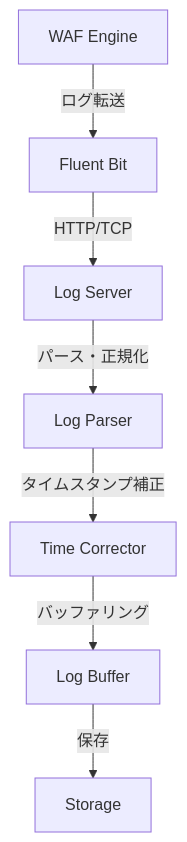
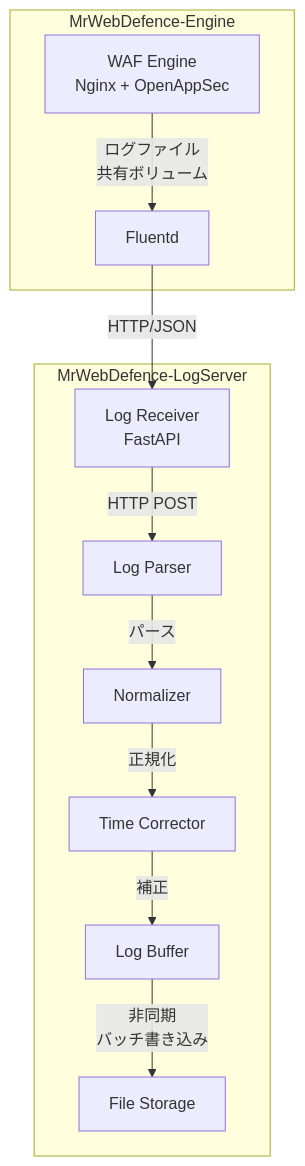
Before and after one commit to kencom2400/MrWebDefence-LogServer: the first of 3 diagrams in docs/design/MWD-53-log-collection.md, drawn with Mermaid. The commit also changed other lines of this file and 2 other files, not shown here.

````diff
--- a/docs/design/MWD-53-log-collection.md
+++ b/docs/design/MWD-53-log-collection.md
@@ -49,9 +70,25 @@
 ```mermaid
 graph TB
-    WAF[WAF Engine] -->|ログ転送| FluentBit[Fluent Bit]
-    FluentBit -->|HTTP/TCP| LogServer[Log Server]
-    LogServer -->|パース・正規化| Parser[Log Parser]
-    Parser -->|タイムスタンプ補正| TimeCorrector[Time Corrector]
-    TimeCorrector -->|バッファリング| Buffer[Log Buffer]
-    Buffer -->|保存| Storage[Storage]
+    subgraph Engine["MrWebDefence-Engine"]
+        WAF[WAF Engine<br/>Nginx + OpenAppSec]
+        EngineFluentd[Fluentd]
+        WAF -->|ログファイル<br/>共有ボリューム| EngineFluentd
+    end
+    
+    subgraph LogServer["MrWebDefence-LogServer"]
+        Endpoint[Log Receiver<br/>FastAPI]
+        Parser[Log Parser]
+        Normalizer[Normalizer]
+        TimeCorrector[Time Corrector]
+        Buffer[Log Buffer]
+        Storage[File Storage]
+        
+        Endpoint -->|HTTP POST| Parser
+        Parser -->|パース| Normalizer
+        Normalizer -->|正規化| TimeCorrector
+        TimeCorrector -->|補正| Buffer
+        Buffer -->|非同期<br/>バッチ書き込み| Storage
+    end
+    
+    EngineFluentd -->|HTTP/JSON| Endpoint
 ```
````
